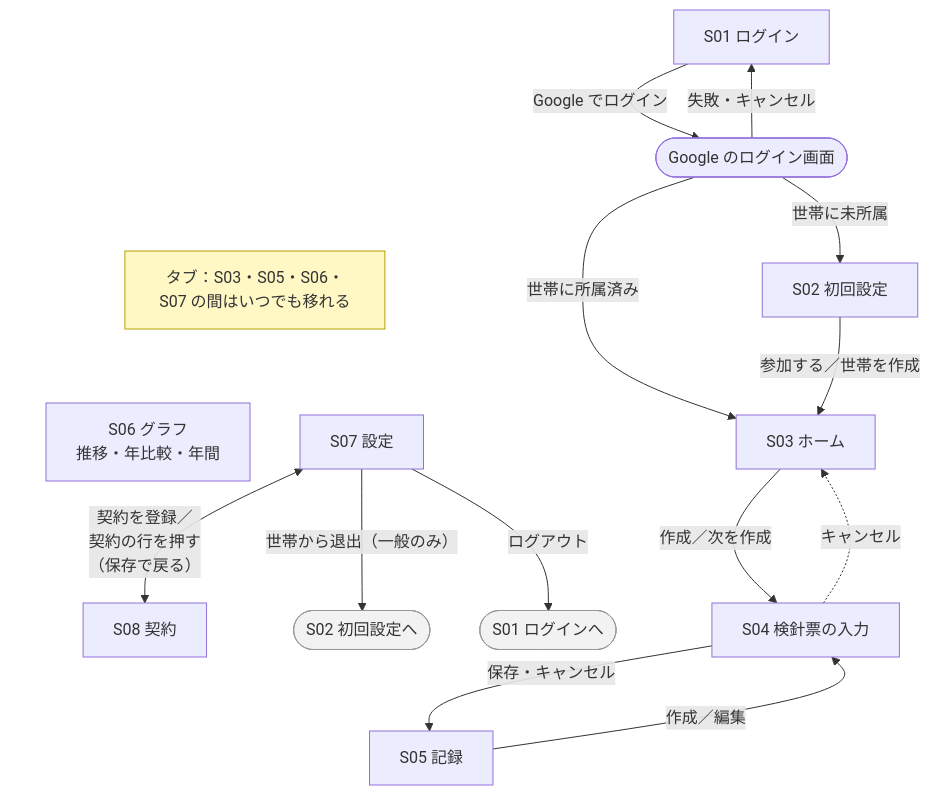
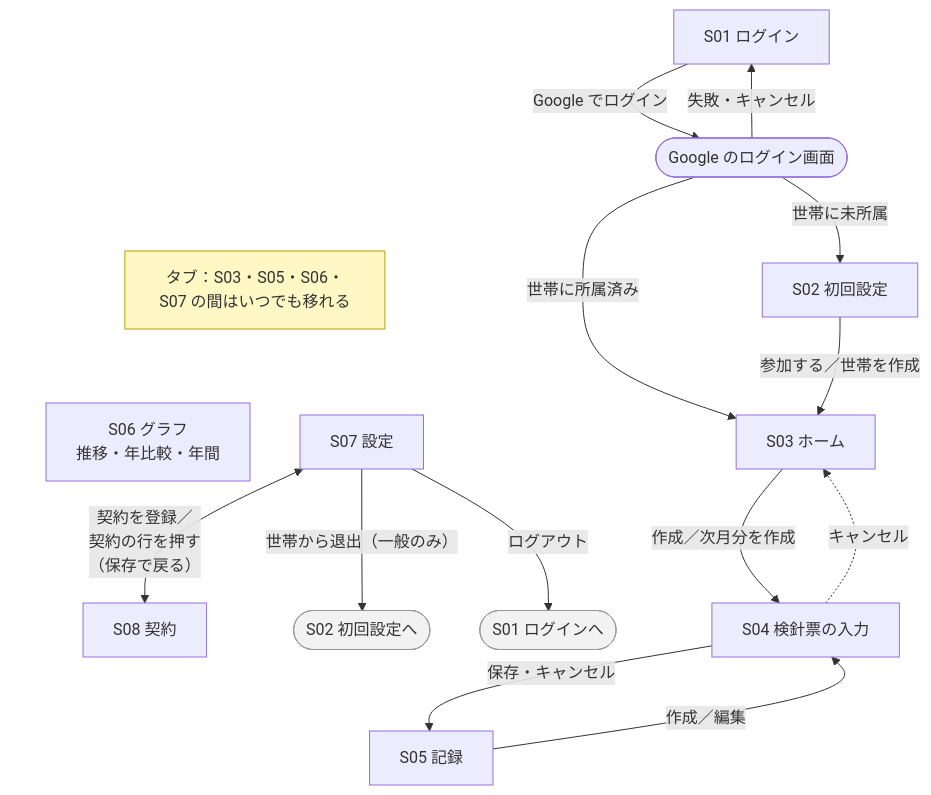
One commit to koekoebaborak27/kounetsuhi-manager changed the diagram in docs/specs/02_basic-design/画面遷移図.01.mmd. Above: the diagram before and after it, drawn with Mermaid. The commit also changed 29 other files, not shown here.

```diff
--- a/docs/specs/02_basic-design/画面遷移図.01.mmd
+++ b/docs/specs/02_basic-design/画面遷移図.01.mmd
@@ -1,39 +1,39 @@
 %%{init: {'theme':'default','themeVariables':{'fontFamily':"'Noto Sans CJK JP', sans-serif"},'flowchart':{'nodeSpacing':80,'rankSpacing':100,'padding':12}}}%%
 flowchart TB
   S01["S01 ログイン"]
   G(["Google のログイン画面"])
   S02["S02 初回設定"]
   NOTE["タブ：S03・S05・S06・S07 の間はいつでも移れる"]
   S03["S03 ホーム"]
   S05["S05 記録"]
   S06["S06 グラフ<br>推移・年比較・年間"]
   S07["S07 設定"]
   S04["S04 検針票の入力"]
   S08["S08 契約"]
   TO02(["S02 初回設定へ"])
   TO01(["S01 ログインへ"])
 
   S01 -- "Google でログイン" --> G
   G -- "失敗・キャンセル" --> S01
   G -- "世帯に未所属" --> S02
   G -- "世帯に所属済み" --> S03
   S02 -- "参加する／世帯を作成" --> S03
 
   NOTE ~~~ S03
   NOTE ~~~ S05
   NOTE ~~~ S06
   NOTE ~~~ S07
 
-  S03 -- "作成／次を作成" --> S04
+  S03 -- "作成／次月分を作成" --> S04
   S05 -- "作成／編集" --> S04
   S04 -- "保存・キャンセル" --> S05
   S04 -. "キャンセル" .-> S03
 
   S07 <-- "契約を登録／<br>契約の行を押す<br>（保存で戻る）" --> S08
   S07 -- "世帯から退出（一般のみ）" --> TO02
   S07 -- "ログアウト" --> TO01
 
   classDef note fill:#fff8c5,stroke:#b8a200
   classDef dest fill:#f2f2f2,stroke:#999
   class NOTE note
   class TO01,TO02 dest
```
